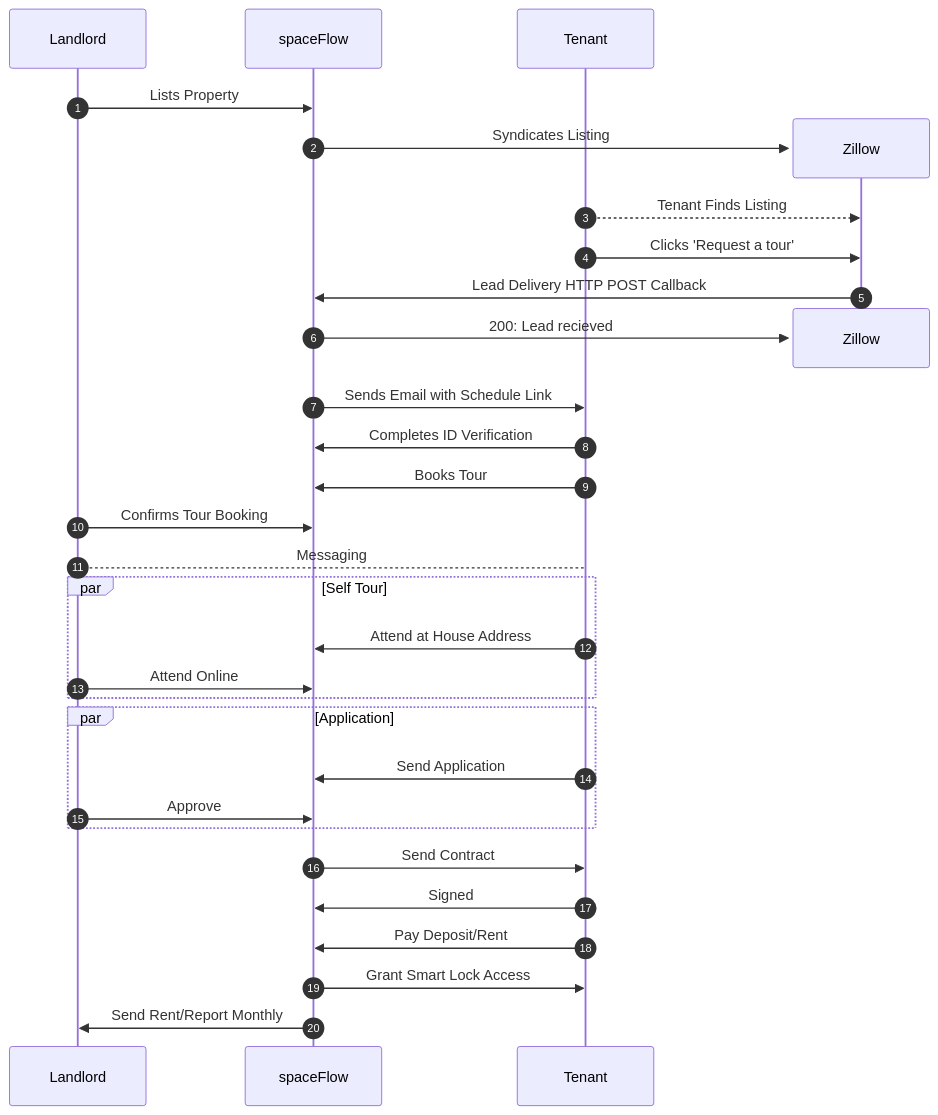
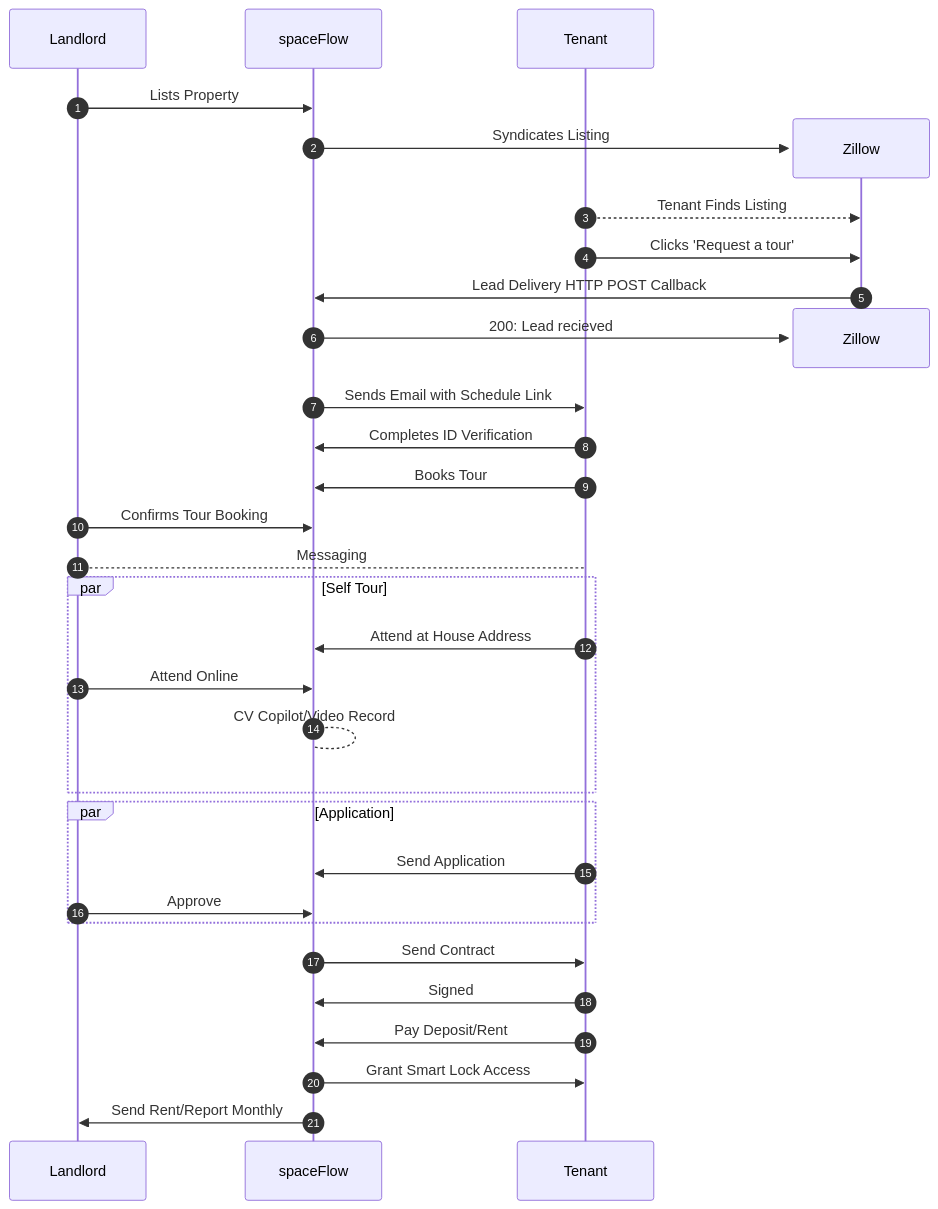
One commit to spaceFlow-US/.github changed the first of 2 diagrams in profile/README.md. Above: the diagram before and after it, drawn with Mermaid.

````diff
--- a/profile/README.md
+++ b/profile/README.md
@@ -24,35 +24,36 @@
 ```mermaid
 sequenceDiagram
     participant Landlord
     participant spaceFlow
     participant Tenant
 
     autonumber
     Landlord->>spaceFlow: Lists Property
     create participant Zillow
     spaceFlow->>Zillow: Syndicates Listing
     Tenant-->>Zillow: Tenant Finds Listing
     Tenant->>Zillow: Clicks 'Request a tour'
     Zillow->>spaceFlow: Lead Delivery HTTP POST Callback
     destroy Zillow
     spaceFlow->>Zillow:200: Lead recieved
 
     spaceFlow->>Tenant: Sends Email with Schedule Link
     Tenant->>spaceFlow: Completes ID Verification
     Tenant->>spaceFlow: Books Tour
     Landlord->>spaceFlow: Confirms Tour Booking
     Landlord --> Tenant: Messaging
     par Self Tour
         Tenant->>spaceFlow: Attend at House Address
         Landlord->>spaceFlow: Attend Online
+    spaceFlow-->spaceFlow: CV Copilot/Video Record
     end
     par Application
         Tenant->>spaceFlow: Send Application
         Landlord->>spaceFlow: Approve
     end
     spaceFlow->>Tenant: Send Contract
     Tenant->>spaceFlow: Signed
     Tenant->>spaceFlow: Pay Deposit/Rent
     spaceFlow->>Tenant: Grant Smart Lock Access
     spaceFlow->>Landlord: Send Rent/Report Monthly
 ```
````
